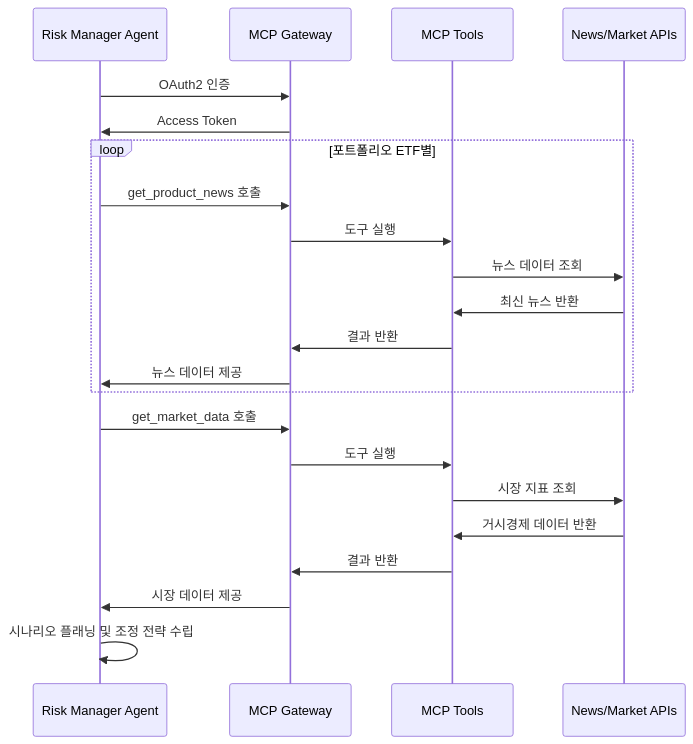
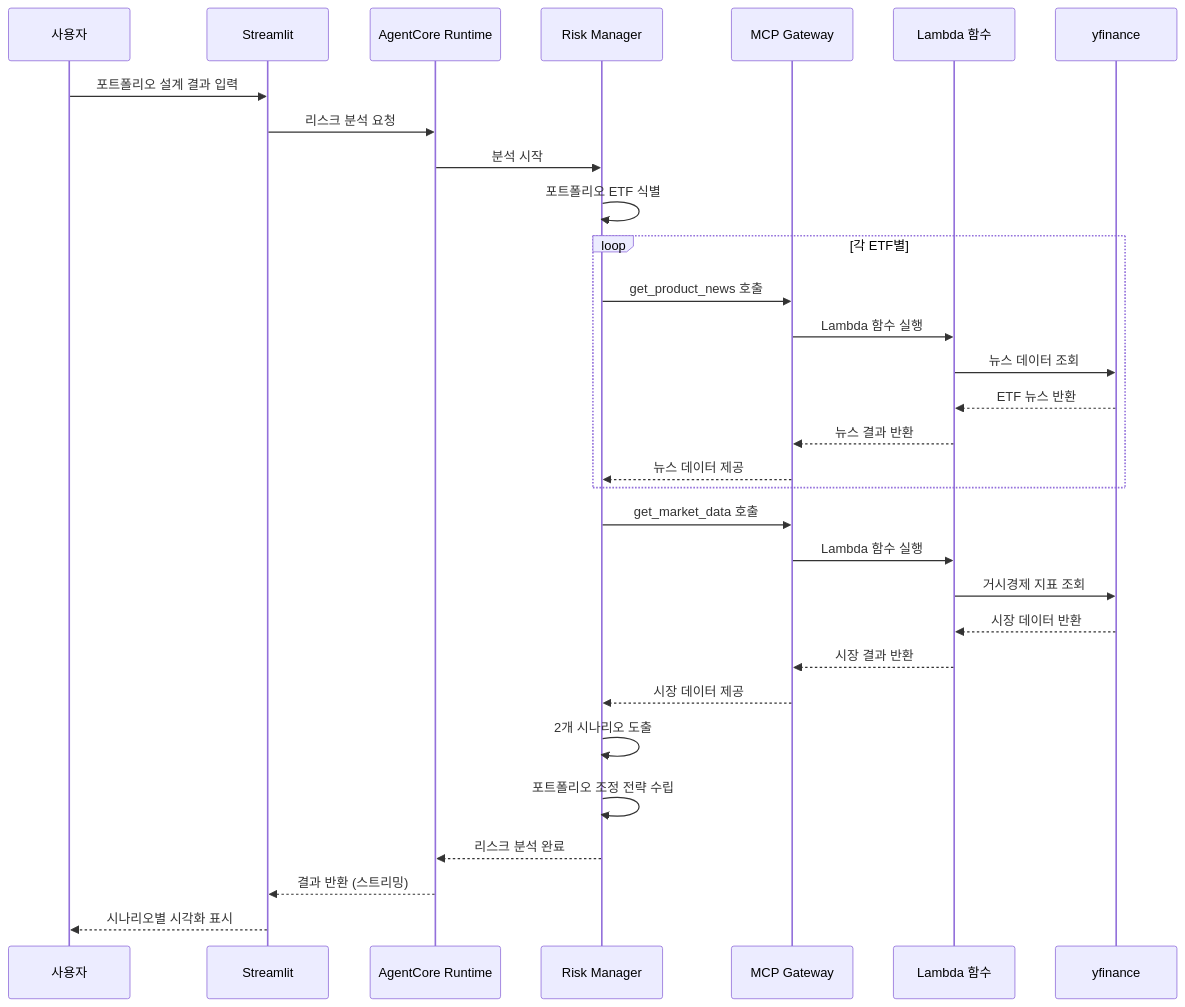
The second of 2 diagrams in risk_manager/README.md (ksgsslee/investment_advisor_strands), drawn with Mermaid before and after one commit. The commit also changed other lines of this file and 3 other files, not shown here.

Commit message:
risk manager

````diff
--- a/risk_manager/README.md
+++ b/risk_manager/README.md
@@ -78,28 +84,37 @@
 ```mermaid
 sequenceDiagram
-    participant A as Risk Manager Agent
+    participant U as 사용자
+    participant S as Streamlit
+    participant R as AgentCore Runtime
+    participant A as Risk Manager
     participant G as MCP Gateway
-    participant T as MCP Tools
-    participant N as News/Market APIs
+    participant L as Lambda 함수
+    participant Y as yfinance
     
-    A->>G: OAuth2 인증
-    G->>A: Access Token
+    U->>S: 포트폴리오 설계 결과 입력
+    S->>R: 리스크 분석 요청
+    R->>A: 분석 시작
+    A->>A: 포트폴리오 ETF 식별
     
-    loop 포트폴리오 ETF별
+    loop 각 ETF별
         A->>G: get_product_news 호출
-        G->>T: 도구 실행
-        T->>N: 뉴스 데이터 조회
-        N->>T: 최신 뉴스 반환
-        T->>G: 결과 반환
-        G->>A: 뉴스 데이터 제공
+        G->>L: Lambda 함수 실행
+        L->>Y: 뉴스 데이터 조회
+        Y-->>L: ETF 뉴스 반환
+        L-->>G: 뉴스 결과 반환
+        G-->>A: 뉴스 데이터 제공
     end
     
     A->>G: get_market_data 호출
-    G->>T: 도구 실행
-    T->>N: 시장 지표 조회
-    N->>T: 거시경제 데이터 반환
-    T->>G: 결과 반환
-    G->>A: 시장 데이터 제공
+    G->>L: Lambda 함수 실행
+    L->>Y: 거시경제 지표 조회
+    Y-->>L: 시장 데이터 반환
+    L-->>G: 시장 결과 반환
+    G-->>A: 시장 데이터 제공
     
-    A->>A: 시나리오 플래닝 및 조정 전략 수립
+    A->>A: 2개 시나리오 도출
+    A->>A: 포트폴리오 조정 전략 수립
+    A-->>R: 리스크 분석 완료
+    R-->>S: 결과 반환 (스트리밍)
+    S-->>U: 시나리오별 시각화 표시
 ```
````
